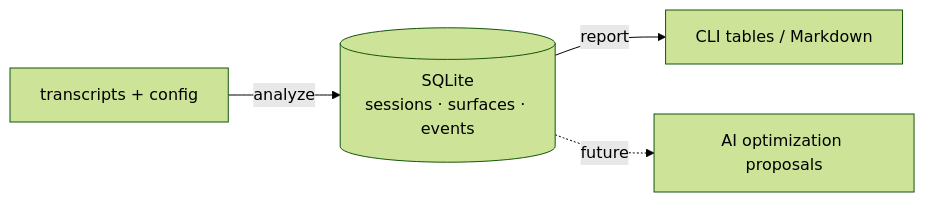
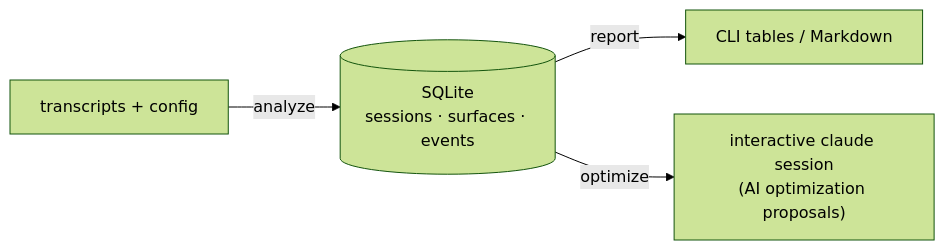
Before and after one commit to lambdalisue/cclens: the first of 3 diagrams in docs/specs/architecture.md, drawn with Mermaid (forest theme). The commit also changed other lines of this file and 6 other files, not shown here.

First line of the commit message:
feat(optimize): hand the findings to an interactive claude session

````diff
--- a/docs/specs/architecture.md
+++ b/docs/specs/architecture.md
@@ -29,6 +29,6 @@
 ```mermaid
 flowchart LR
     raw["transcripts + config"] -->|analyze| db[("SQLite<br/>sessions · surfaces · events")]
     db -->|report| out["CLI tables / Markdown"]
-    db -.->|future| ai["AI optimization proposals"]
+    db -->|optimize| ai["interactive claude session<br/>(AI optimization proposals)"]
 ```
````
